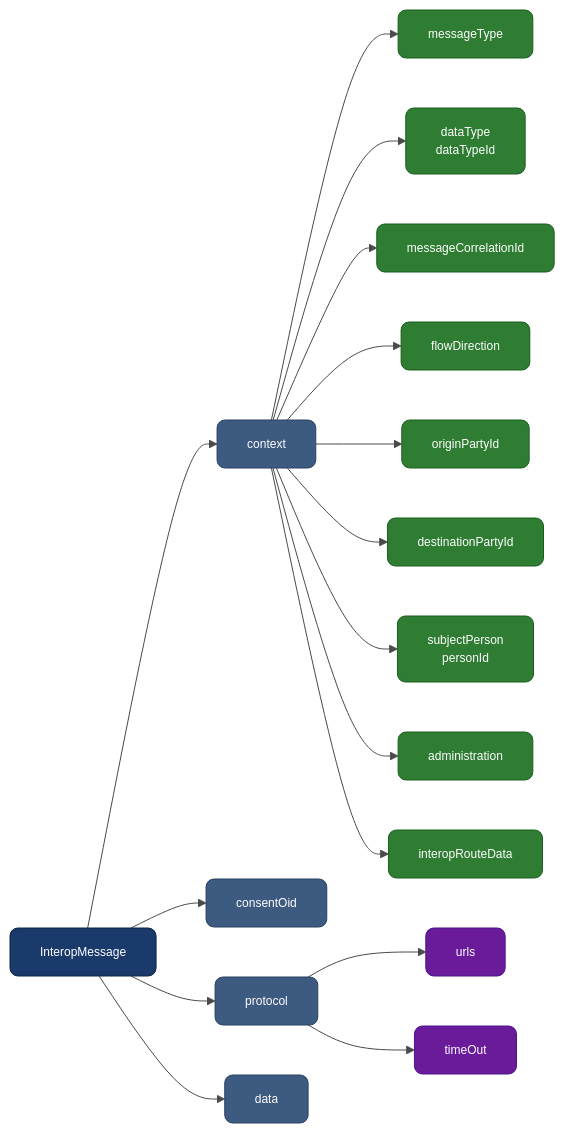
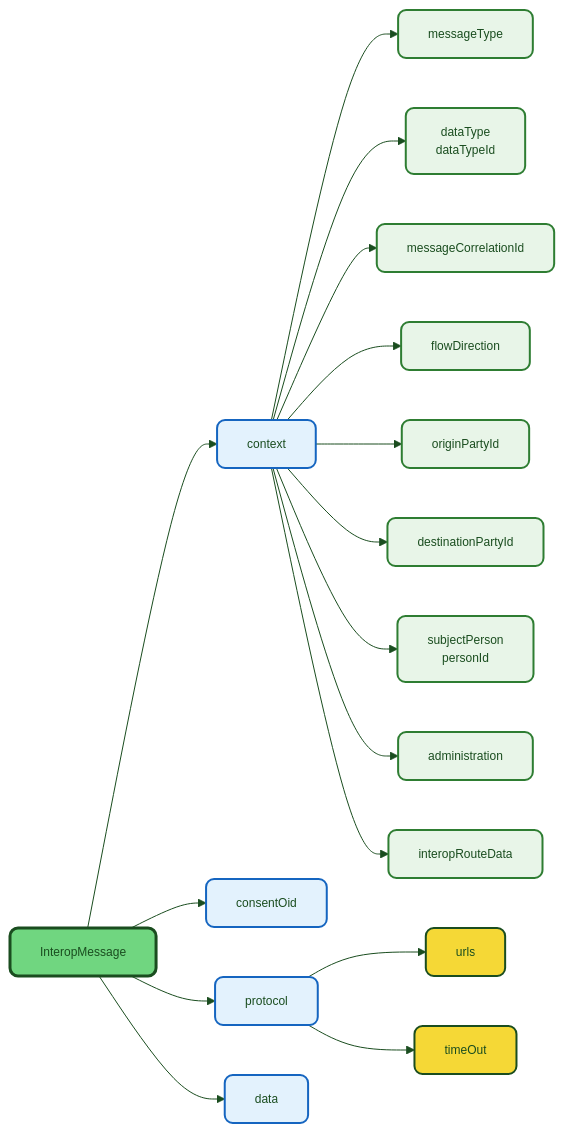
One commit to DENA-Euskadi/dena-euskadi.github.io changed the second of 3 diagrams in docs/semantica/data-retrieve/index.md. Above: the diagram before and after it, drawn with Mermaid. The commit also changed other lines of this file and 76 other files, not shown here.

````diff
--- a/docs/semantica/data-retrieve/index.md
+++ b/docs/semantica/data-retrieve/index.md
@@ -176,47 +176,48 @@
 ```mermaid
 ---
 config:
   theme: base
   themeVariables:
     primaryColor: "#FFFFFF"
-    primaryTextColor: "#000000"
-    primaryBorderColor: "#CCCCCC"
-    lineColor: "#4A4A4A"
+    primaryTextColor: "#1a4d1f"
+    primaryBorderColor: "#70d680"
+    lineColor: "#1a4d1f"
     fontSize: "12px"
+    fontFamily: "Manrope, sans-serif"
 ---
 flowchart LR
     ROOT["InteropMessage"] --> CTX["context"]
     ROOT --> CONSENT["consentOid"]
     ROOT --> PROTOCOL["protocol"]
     ROOT --> DATA["data"]
 
     CTX --> MSGTYPE["messageType"]
     CTX --> DTYPE["dataType\ndataTypeId"]
     CTX --> CORR["messageCorrelationId"]
     CTX --> FLOW["flowDirection"]
     CTX --> ORIGIN["originPartyId"]
     CTX --> DEST["destinationPartyId"]
     CTX --> PERSON["subjectPerson\npersonId"]
     CTX --> ADMIN["administration"]
     CTX --> ROUTE["interopRouteData"]
 
     PROTOCOL --> PURLS["urls"]
     PROTOCOL --> PTO["timeOut"]
 
-    style ROOT fill:#1A3A6B,stroke:#0F2545,color:#FFFFFF,rx:8,ry:8
-    style CTX fill:#3D5A80,stroke:#2B4162,color:#FFFFFF,rx:8,ry:8
-    style DATA fill:#3D5A80,stroke:#2B4162,color:#FFFFFF,rx:8,ry:8
-    style CONSENT fill:#3D5A80,stroke:#2B4162,color:#FFFFFF,rx:8,ry:8
-    style PROTOCOL fill:#3D5A80,stroke:#2B4162,color:#FFFFFF,rx:8,ry:8
-    style MSGTYPE fill:#2E7D32,stroke:#1B5E20,color:#FFFFFF,rx:8,ry:8
-    style DTYPE fill:#2E7D32,stroke:#1B5E20,color:#FFFFFF,rx:8,ry:8
-    style CORR fill:#2E7D32,stroke:#1B5E20,color:#FFFFFF,rx:8,ry:8
-    style FLOW fill:#2E7D32,stroke:#1B5E20,color:#FFFFFF,rx:8,ry:8
-    style ORIGIN fill:#2E7D32,stroke:#1B5E20,color:#FFFFFF,rx:8,ry:8
-    style DEST fill:#2E7D32,stroke:#1B5E20,color:#FFFFFF,rx:8,ry:8
-    style PERSON fill:#2E7D32,stroke:#1B5E20,color:#FFFFFF,rx:8,ry:8
-    style ADMIN fill:#2E7D32,stroke:#1B5E20,color:#FFFFFF,rx:8,ry:8
-    style ROUTE fill:#2E7D32,stroke:#1B5E20,color:#FFFFFF,rx:8,ry:8
-    style PURLS fill:#6A1B9A,stroke:#4A148C,color:#FFFFFF,rx:8,ry:8
-    style PTO fill:#6A1B9A,stroke:#4A148C,color:#FFFFFF,rx:8,ry:8
+    style ROOT fill:#70d680,stroke:#1a4d1f,color:#1a4d1f,stroke-width:3px,rx:8,ry:8
+    style CTX fill:#e3f2fd,stroke:#1565c0,color:#1a4d1f,stroke-width:2px,rx:8,ry:8
+    style DATA fill:#e3f2fd,stroke:#1565c0,color:#1a4d1f,stroke-width:2px,rx:8,ry:8
+    style CONSENT fill:#e3f2fd,stroke:#1565c0,color:#1a4d1f,stroke-width:2px,rx:8,ry:8
+    style PROTOCOL fill:#e3f2fd,stroke:#1565c0,color:#1a4d1f,stroke-width:2px,rx:8,ry:8
+    style MSGTYPE fill:#e8f5e8,stroke:#2e7d32,color:#1a4d1f,stroke-width:2px,rx:8,ry:8
+    style DTYPE fill:#e8f5e8,stroke:#2e7d32,color:#1a4d1f,stroke-width:2px,rx:8,ry:8
+    style CORR fill:#e8f5e8,stroke:#2e7d32,color:#1a4d1f,stroke-width:2px,rx:8,ry:8
+    style FLOW fill:#e8f5e8,stroke:#2e7d32,color:#1a4d1f,stroke-width:2px,rx:8,ry:8
+    style ORIGIN fill:#e8f5e8,stroke:#2e7d32,color:#1a4d1f,stroke-width:2px,rx:8,ry:8
+    style DEST fill:#e8f5e8,stroke:#2e7d32,color:#1a4d1f,stroke-width:2px,rx:8,ry:8
+    style PERSON fill:#e8f5e8,stroke:#2e7d32,color:#1a4d1f,stroke-width:2px,rx:8,ry:8
+    style ADMIN fill:#e8f5e8,stroke:#2e7d32,color:#1a4d1f,stroke-width:2px,rx:8,ry:8
+    style ROUTE fill:#e8f5e8,stroke:#2e7d32,color:#1a4d1f,stroke-width:2px,rx:8,ry:8
+    style PURLS fill:#f5d836,stroke:#1a4d1f,color:#1a4d1f,stroke-width:2px,rx:8,ry:8
+    style PTO fill:#f5d836,stroke:#1a4d1f,color:#1a4d1f,stroke-width:2px,rx:8,ry:8
 ```
````
